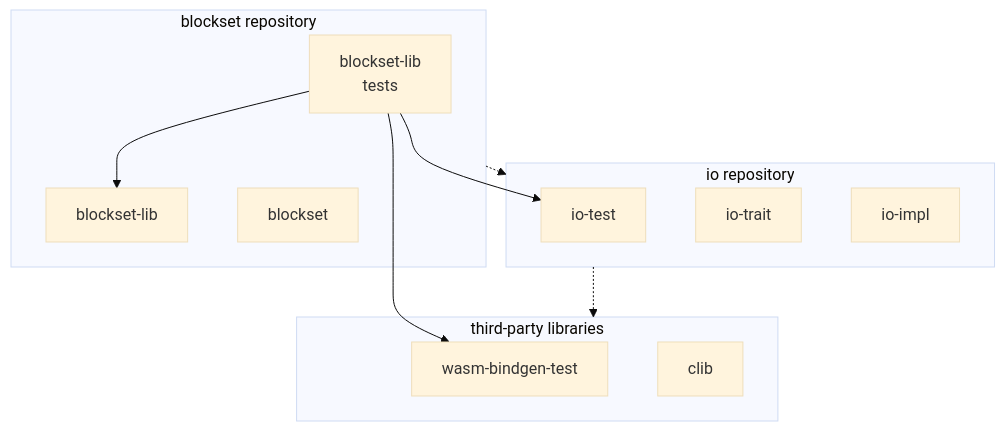
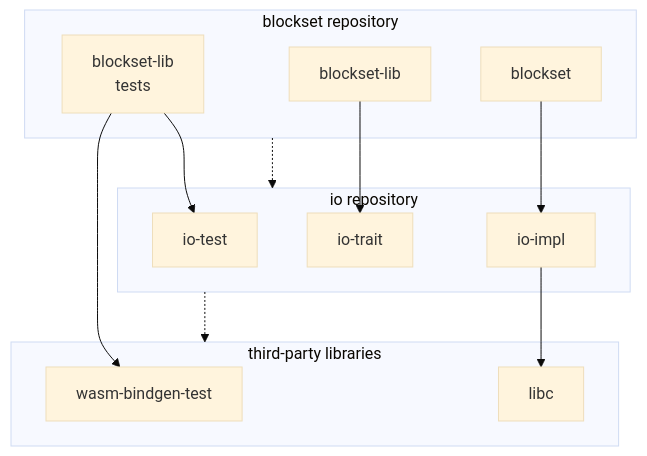
The second of 2 diagrams in notes/design.md (datablockset/blockset), drawn with Mermaid (base theme) before and after one commit.

````diff
--- a/notes/design.md
+++ b/notes/design.md
@@ -15,20 +15,23 @@
 ```mermaid
 graph TD
   subgraph br [blockset repository]
     blockset-lib-test[blockset-lib\ntests]
     blockset-lib
     blockset
   end
   subgraph ior [io repository]
     io-test
     io-trait
     io-impl
   end
   subgraph tpl [third-party libraries]
     wasm-bindgen-test
-    clib
+    libc
   end
   br -.-> ior
   ior -.-> tpl
-  blockset-lib-test --> wasm-bindgen-test & io-test & blockset-lib
+  blockset-lib-test --> wasm-bindgen-test & io-test
+  blockset-lib --> io-trait
+  blockset --> io-impl
+  io-impl --> libc
 ```
````
